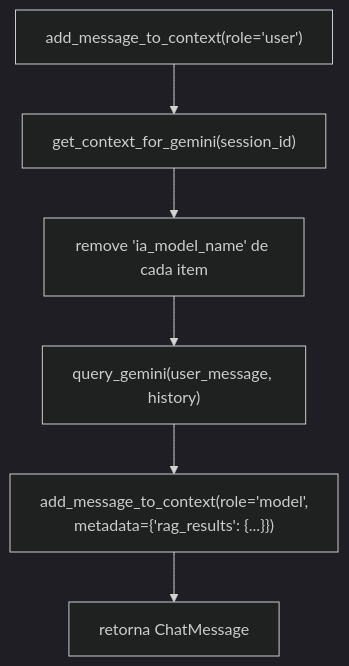
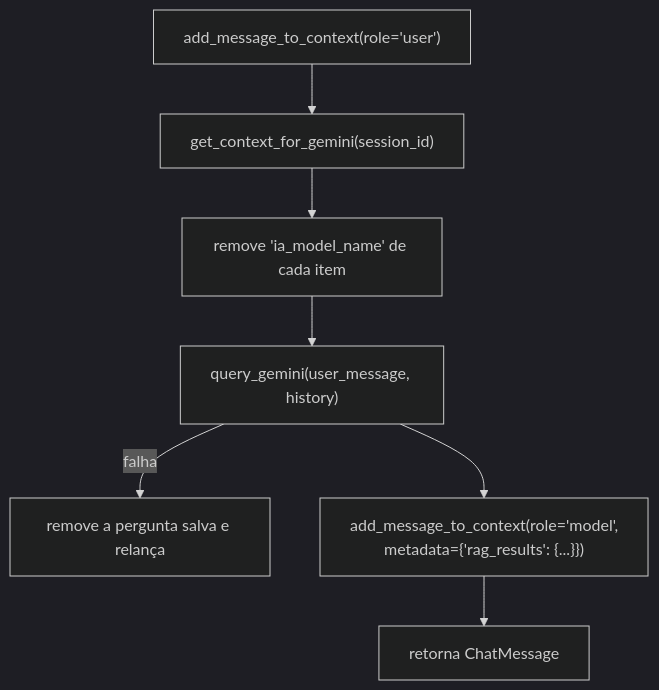
One commit to cmjatai/cmj changed the second of 2 diagrams in docs/rag/04-chat-websocket-e-llm.md. Above: the diagram before and after it, drawn with Mermaid (dark theme). The commit also changed other lines of this file and 10 other files, not shown here.

````diff
--- a/docs/rag/04-chat-websocket-e-llm.md
+++ b/docs/rag/04-chat-websocket-e-llm.md
@@ -96,8 +99,9 @@
 ```mermaid
 flowchart TD
     A["add_message_to_context(role='user')"] --> B["get_context_for_gemini(session_id)"]
     B --> C["remove 'ia_model_name' de cada item"]
     C --> D["query_gemini(user_message, history)"]
+    D -- falha --> D2["remove a pergunta salva e relança"]
     D --> E["add_message_to_context(role='model',<br/>metadata={'rag_results': {...}})"]
     E --> F[retorna ChatMessage]
 ```
````
